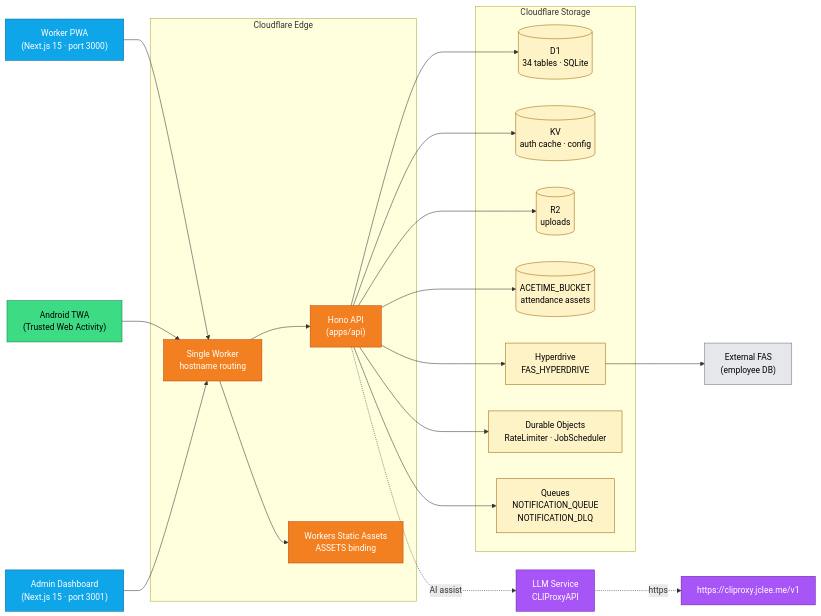
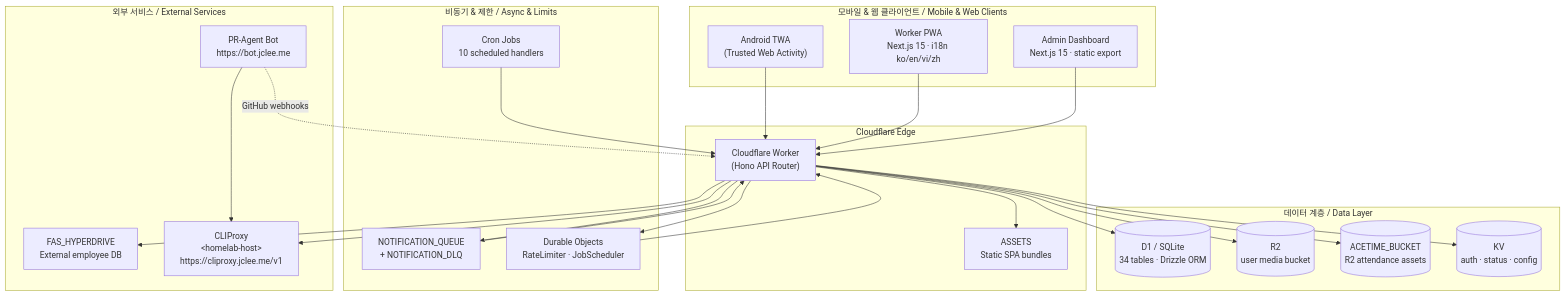
One commit to jclee941/safetywallet changed the diagram in README.md. Above: the diagram before and after it, drawn with Mermaid. The commit also changed other lines of this file, not shown here.

````diff
--- a/README.md
+++ b/README.md
@@ -77,48 +92,50 @@
 ```mermaid
-flowchart LR
-    Worker["Worker PWA<br/>(Next.js 15 · port 3000)"]:::frontend
-    Android["Android TWA<br/>(Trusted Web Activity)"]:::mobile
-    Admin["Admin Dashboard<br/>(Next.js 15 · port 3001)"]:::frontend
-
-    subgraph CF["Cloudflare Edge"]
-        Router["Single Worker<br/>hostname routing"]:::edge
-        API["Hono API<br/>(apps/api)"]:::edge
-        Assets["Workers Static Assets<br/>ASSETS binding"]:::edge
+flowchart TB
+    subgraph Clients["모바일 &amp; 웹 클라이언트 / Mobile &amp; Web Clients"]
+        TWA["Android TWA<br/>(Trusted Web Activity)"]
+        WPWA["Worker PWA<br/>Next.js 15 · i18n ko/en/vi/zh"]
+        ADM["Admin Dashboard<br/>Next.js 15 · static export"]
     end
 
-    subgraph Storage["Cloudflare Storage"]
-        D1[("D1<br/>34 tables · SQLite")]:::store
-        KV[("KV<br/>auth cache · config")]:::store
-        R2[("R2<br/>uploads")]:::store
-        ACETIME[("ACETIME_BUCKET<br/>attendance assets")]:::store
-        HD["Hyperdrive<br/>FAS_HYPERDRIVE"]:::store
-        DO["Durable Objects<br/>RateLimiter · JobScheduler"]:::store
-        Q["Queues<br/>NOTIFICATION_QUEUE<br/>NOTIFICATION_DLQ"]:::store
+    subgraph Edge["Cloudflare Edge"]
+        WRK["Cloudflare Worker<br/>(Hono API Router)"]
+        STA["ASSETS<br/>Static SPA bundles"]
     end
 
-    External["External FAS<br/>(employee DB)"]:::external
-    LLMSvc["LLM Service<br/>CLIProxyAPI"]:::llm
+    subgraph Data["데이터 계층 / Data Layer"]
+        D1[("D1 / SQLite<br/>34 tables · Drizzle ORM")]
+        R2B[("R2<br/>user media bucket")]
+        ACE[("ACETIME_BUCKET<br/>R2 attendance assets")]
+        KVS[("KV<br/>auth · status · config")]
+    end
 
-    Worker --> Router
-    Android --> Router
-    Admin --> Router
-    Router --> Assets
-    Router --> API
-    API --> D1
-    API --> KV
-    API --> R2
-    API --> ACETIME
-    API --> HD
-    HD --> External
-    API --> DO
-    API --> Q
-    API -. AI assist .-> LLMSvc
-    LLMSvc -. https .-> Proxy["https://cliproxy.jclee.me/v1"]:::llm
+    subgraph Async["비동기 &amp; 제한 / Async &amp; Limits"]
+        Q["NOTIFICATION_QUEUE<br/>+ NOTIFICATION_DLQ"]
+        DO["Durable Objects<br/>RateLimiter · JobScheduler"]
+        CRON["Cron Jobs<br/>10 scheduled handlers"]
+    end
 
-    classDef frontend fill:#0ea5e9,color:#fff,stroke:#0369a1
-    classDef mobile fill:#3ddc84,color:#000,stroke:#0a8043
-    classDef edge fill:#f38020,color:#fff,stroke:#c2410c
-    classDef store fill:#fef3c7,color:#000,stroke:#a16207
-    classDef external fill:#e5e7eb,color:#000,stroke:#6b7280
-    classDef llm fill:#a855f7,color:#fff,stroke:#6b21a8
+    subgraph Ext["외부 서비스 / External Services"]
+        FAS["FAS_HYPERDRIVE<br/>External employee DB"]
+        CP["CLIProxy<br/>&lt;homelab-host&gt;<br/>https://cliproxy.jclee.me/v1"]
+        PRB["PR-Agent Bot<br/>https://bot.jclee.me"]
+    end
+
+    TWA --> WRK
+    WPWA --> WRK
+    ADM --> WRK
+    WRK --> STA
+    WRK --> D1
+    WRK --> R2B
+    WRK --> ACE
+    WRK --> KVS
+    WRK --> Q
+    WRK --> DO
+    CRON --> WRK
+    Q --> WRK
+    DO --> WRK
+    WRK --> FAS
+    WRK --> CP
+    PRB --> CP
+    PRB -. "GitHub webhooks" .-> WRK
 ```
````
